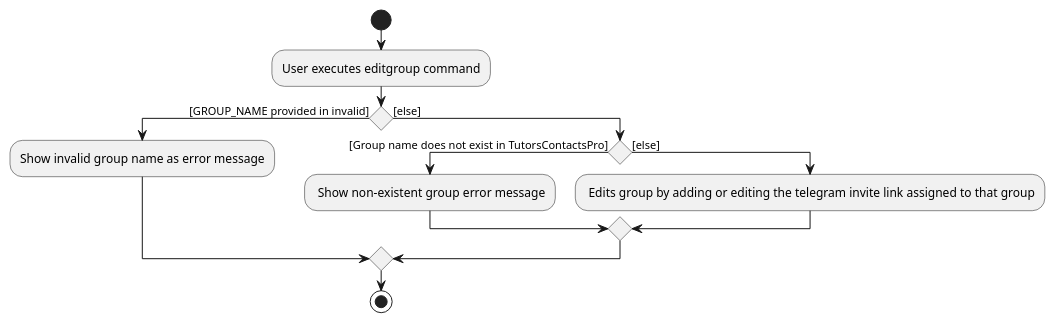
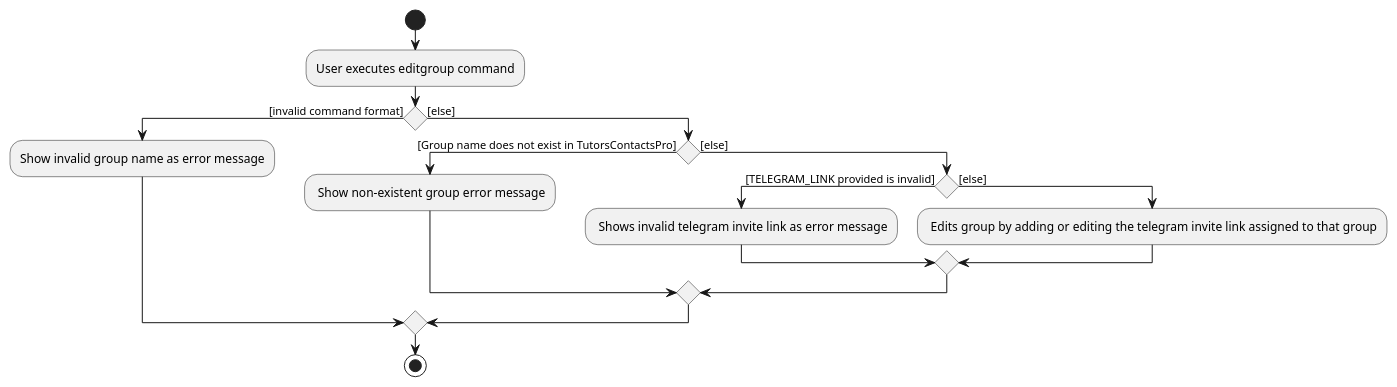
Before and after one commit to STELLA-LYE/tp: the diagram in docs/diagrams/EditGroupActivityDiagram.puml, drawn with PlantUML. The commit also changed 25 other files, not shown here.

Commit message:
Update diagrams and DG

```diff
--- a/docs/diagrams/EditGroupActivityDiagram.puml
+++ b/docs/diagrams/EditGroupActivityDiagram.puml
@@ -1,18 +1,21 @@
 @startuml
 start
 :User executes editgroup command;
 
 
-if () then ([GROUP_NAME provided in invalid])
+if () then ([invalid command format])
     :Show invalid group name as error message;
 
 else ([else])
     if () then ([Group name does not exist in TutorsContactsPro])
     : Show non-existent group error message;
-    else([else])
-    : Edits group by adding or editing the telegram invite link assigned to that group;
+    else ([else])
+        if () then ([TELEGRAM_LINK provided is invalid])
+        : Shows invalid telegram invite link as error message;
+        else([else])
+            : Edits group by adding or editing the telegram invite link assigned to that group;
+        endif
     endif
-
 endif
 stop
 @enduml
```
